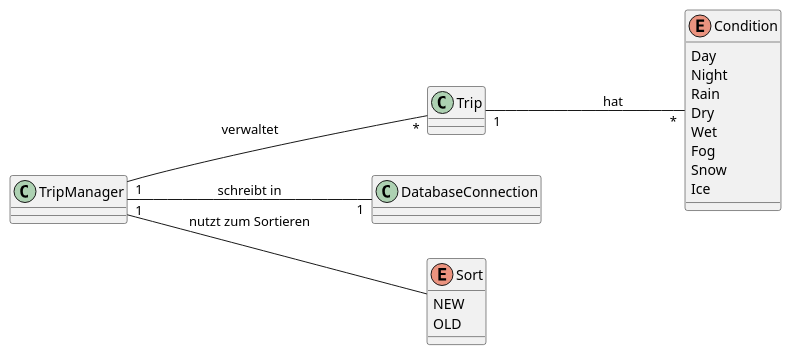
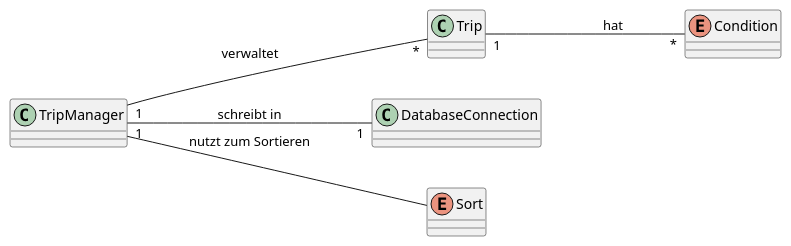
Before and after one commit to jbrunnerhtl/Driving_Tracker_Java_Docs: the second of 3 diagrams in asciidocs/slides/presentation.adoc, drawn with PlantUML.

Commit message:
updated slides. removed enum content

```diff
--- a/asciidocs/slides/presentation.adoc
+++ b/asciidocs/slides/presentation.adoc
@@ -123,43 +123,35 @@
 [plantuml, classdia, svg]
 ----
 @startuml
 left to right direction
 
 class Trip {
 
 }
 
 class TripManager {
 
 }
 
 class DatabaseConnection {
 
 }
 
 enum Condition {
-    Day
-    Night
-    Rain
-    Dry
-    Wet
-    Fog
-    Snow
-    Ice
+
 }
 
 
 
 enum Sort {
-    NEW
-    OLD
+
 }
 
 Trip "1" --- "*" Condition : hat
 TripManager "1" --- "*" Trip : verwaltet
 TripManager "1" --- "1" DatabaseConnection : schreibt in
 TripManager --- Sort : nutzt zum Sortieren
 
 @enduml
 
 ----
```
